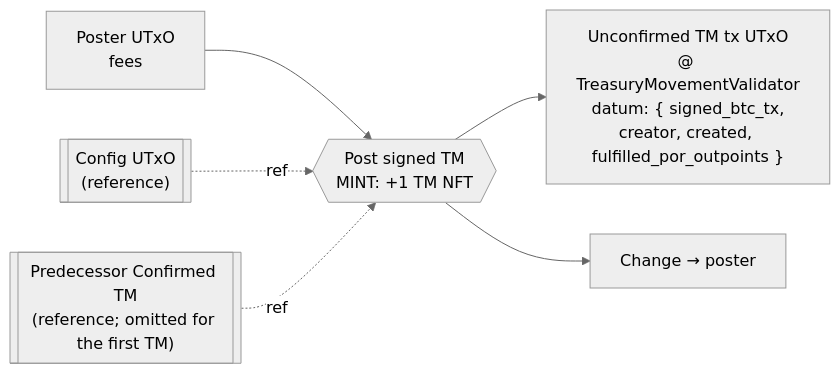
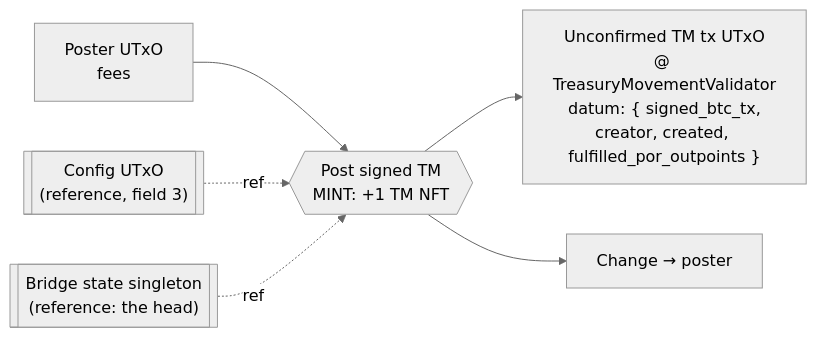
One commit to rssh/ft-bifrost-bridge changed diagram 13 of 20 in documentation/technical_documentation.md. Above: the diagram before and after it, drawn with Mermaid (neutral theme). The commit also changed other lines of this file, not shown here.

First line of the commit message:
docs(spec): fold rev 5.4, the bridge state singleton, into the spec

````diff
--- a/documentation/technical_documentation.md
+++ b/documentation/technical_documentation.md
@@ -1957,8 +2265,8 @@
 ```mermaid
 flowchart LR
   poster["Poster UTxO<br/>fees"] --> tx{{"Post signed TM<br/>MINT: +1 TM NFT"}}
-  cfg_ref[["Config UTxO<br/>(reference)"]] -. ref .-> tx
-  prev_ref[["Predecessor Confirmed TM<br/>(reference; omitted for the first TM)"]] -. ref .-> tx
+  cfg_ref[["Config UTxO<br/>(reference, field 3)"]] -. ref .-> tx
+  bss_ref[["Bridge state singleton<br/>(reference: the head)"]] -. ref .-> tx
   tx --> unconf["Unconfirmed TM tx UTxO<br/>@ TreasuryMovementValidator<br/>datum: { signed_btc_tx,<br/>creator, created, fulfilled_por_outpoints }"]
   tx --> change["Change → poster"]
 ```
````
